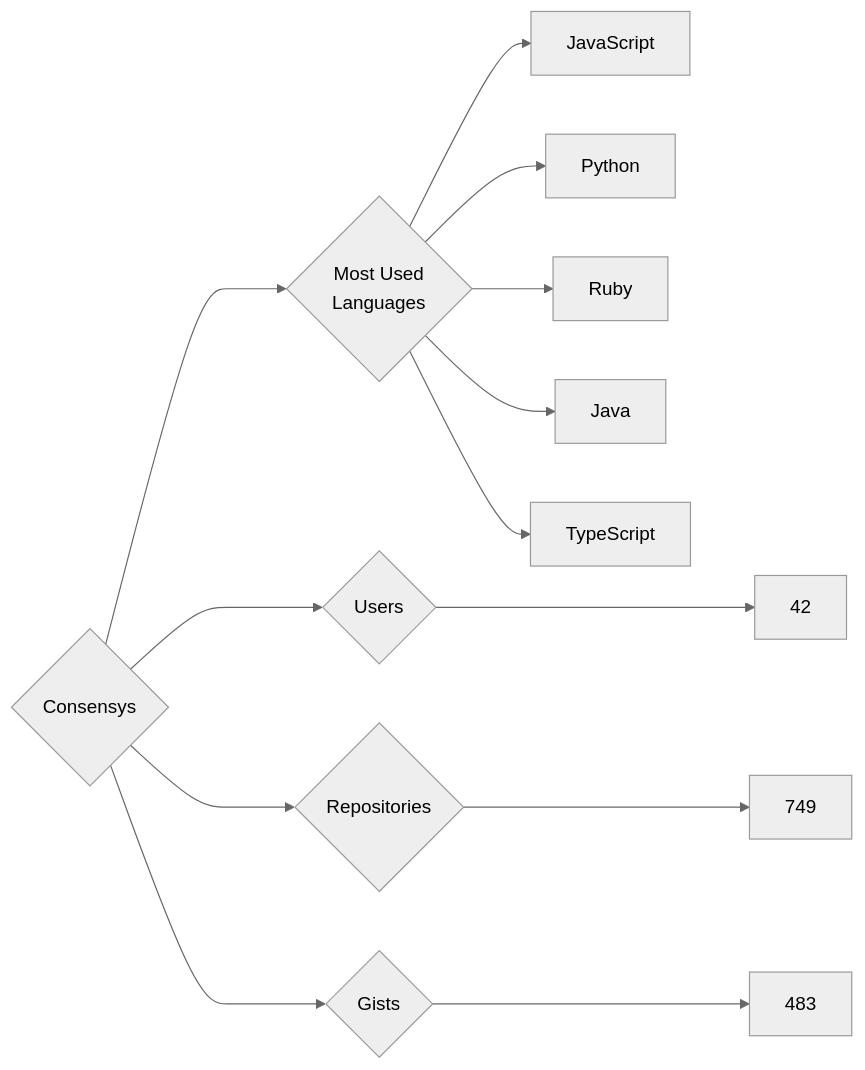
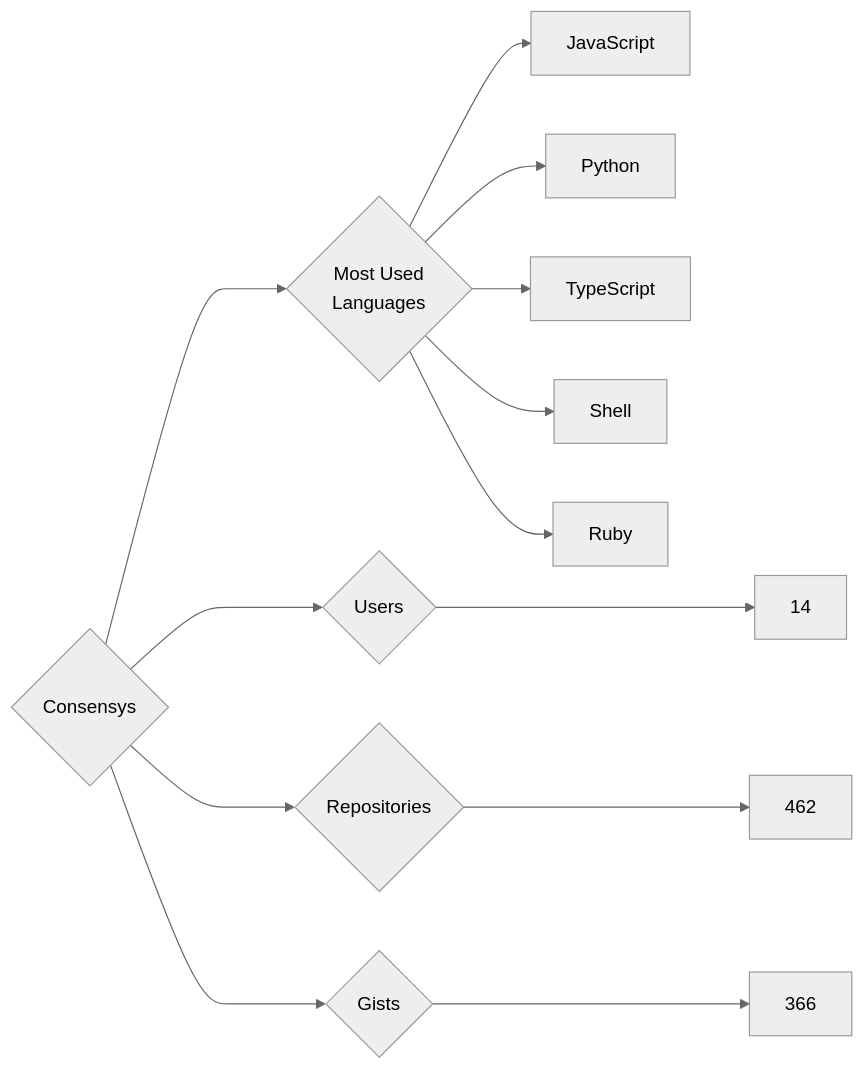
The diagram in targets/Consensys/README.md (trickest/insiders), drawn with Mermaid (neutral theme) before and after one commit. The commit also changed 927 other files, not shown here.

````diff
--- a/targets/Consensys/README.md
+++ b/targets/Consensys/README.md
@@ -3,13 +3,13 @@
 ```mermaid
 graph LR
 COMPANY_NAME{Consensys}
-COMPANY_NAME ---> U{Users} ---> UN[42]
-COMPANY_NAME ---> R{Repositories} ---> RN[749]
-COMPANY_NAME ---> G{Gists} ---> GN[483]
+COMPANY_NAME ---> U{Users} ---> UN[14]
+COMPANY_NAME ---> R{Repositories} ---> RN[462]
+COMPANY_NAME ---> G{Gists} ---> GN[366]
 COMPANY_NAME ---> ML{Most Used<br>Languages}
 ML --> JavaScript[JavaScript]
 ML --> Python[Python]
+ML --> TypeScript[TypeScript]
+ML --> Shell[Shell]
 ML --> Ruby[Ruby]
-ML --> Java[Java]
-ML --> TypeScript[TypeScript]
 ```
````
